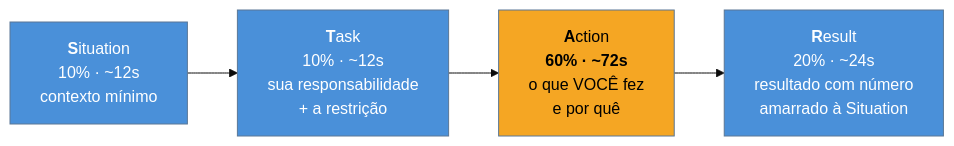
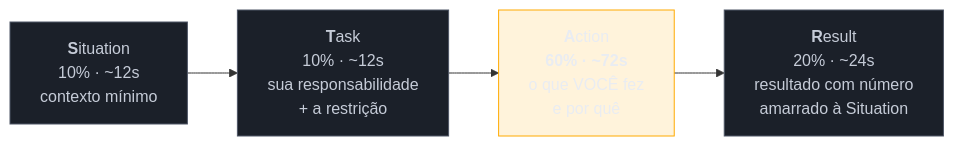
One commit to josenaldo/codex-technomanticus changed the diagram in 03-Dominios/Carreira/Entrevistas/06 - STAR e suas variantes.md. Above: the diagram before and after it, drawn with Mermaid. The commit also changed 1181 other files, not shown here.

First line of the commit message:
fix(diagramas): paleta do sistema no lugar de cor cravada no markdown

````diff
--- a/03-Dominios/Carreira/Entrevistas/06 - STAR e suas variantes.md
+++ b/03-Dominios/Carreira/Entrevistas/06 - STAR e suas variantes.md
@@ -39,12 +39,13 @@
 ```mermaid
-%%{init: {"theme": "base", "themeVariables": {"primaryColor": "#4A90D9"}}}%%
 graph LR
+    classDef neutro fill:#1B2029,stroke:#4E5666,color:#C6CCD8
+    classDef destaque fill:#FFAA0024,stroke:#FFAA00,color:#E9ECF2
     S["<b>S</b>ituation<br/>10% · ~12s<br/>contexto mínimo"] --> T["<b>T</b>ask<br/>10% · ~12s<br/>sua responsabilidade<br/>+ a restrição"]
     T --> A["<b>A</b>ction<br/><b>60% · ~72s</b><br/>o que VOCÊ fez<br/>e por quê"]
     A --> R["<b>R</b>esult<br/>20% · ~24s<br/>resultado com número<br/>amarrado à Situation"]
 
-    style S fill:#4A90D9,color:#fff
-    style T fill:#4A90D9,color:#fff
-    style A fill:#F5A623,color:#000
-    style R fill:#4A90D9,color:#fff
+    class S neutro
+    class T neutro
+    class A destaque
+    class R neutro
 ```
````
